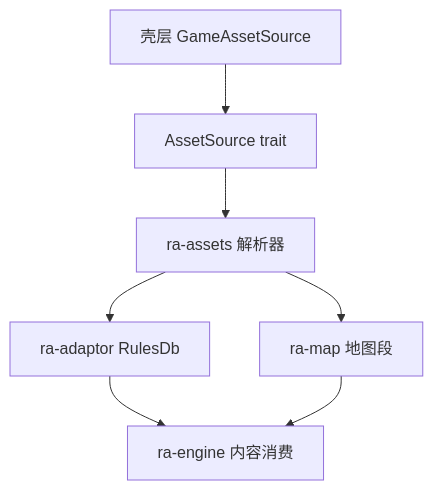
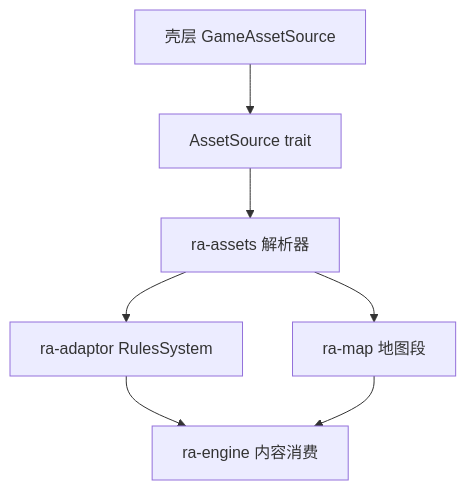
The first of 3 diagrams in projects/engine/ra-assets/readme.md (rust-alert/ra2.exe), drawn with Mermaid before and after one commit. The commit also changed other lines of this file and 29 other files, not shown here.

First line of the commit message:
♻️ Rename `RulesDb` to `RulesSystem`

````diff
--- a/projects/engine/ra-assets/readme.md
+++ b/projects/engine/ra-assets/readme.md
@@ -9,16 +9,16 @@
 ```mermaid
 flowchart TB
     shell[壳层 GameAssetSource]
     trait[AssetSource trait]
     assets[ra-assets 解析器]
-    ad[ra-adaptor RulesDb]
+    ad[ra-adaptor RulesSystem]
     map[ra-map 地图段]
     eng[ra-engine 内容消费]
 
     shell --> trait
     trait --> assets
     assets --> ad
     assets --> map
     ad --> eng
     map --> eng
 ```
````
